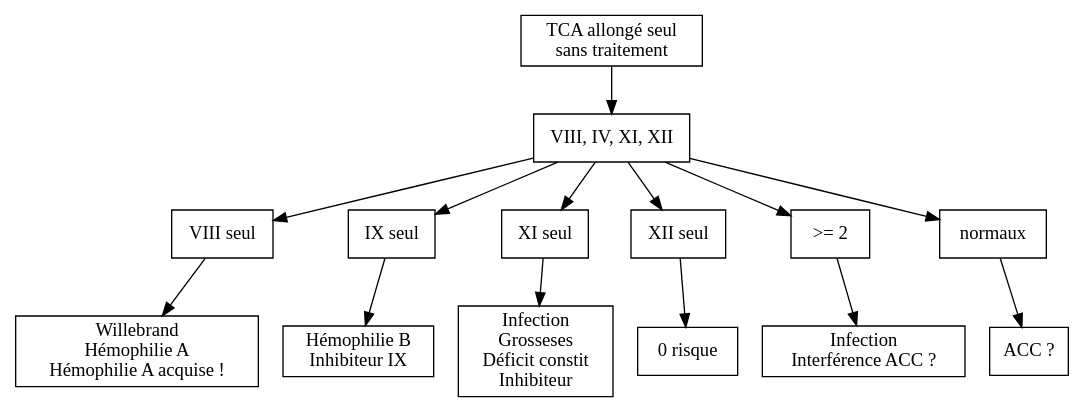
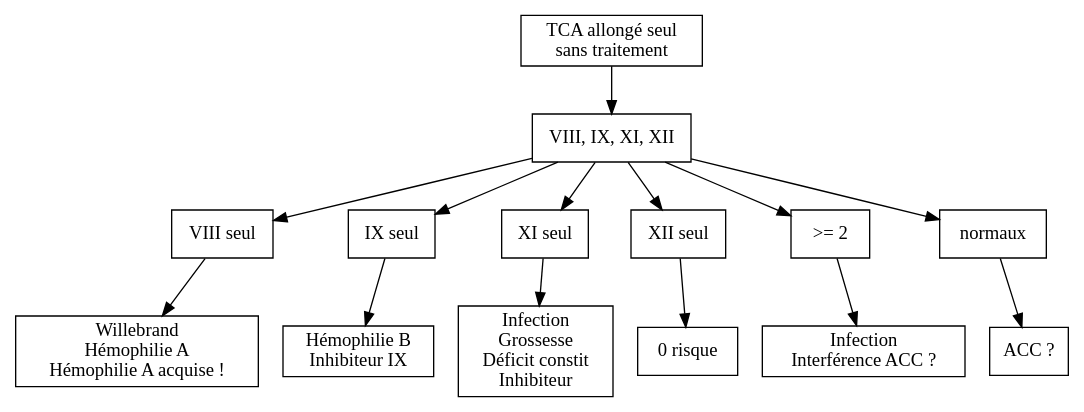
One commit to apraga/notes changed the second of 2 diagrams in notes/medecine/hematologie.org. Above: the diagram before and after it, drawn with Graphviz. The commit also changed other lines of this file and 7 other files, not shown here.

```diff
--- a/notes/medecine/hematologie.org
+++ b/notes/medecine/hematologie.org
@@ -72,22 +71,22 @@
 #+BEGIN_SRC dot :file ../../images/tca-diminue.png :exports results
 digraph {
 node[shape=rectangle];
-fact [label="VIII, IV, XI, XII"];
+fact [label="VIII, IX, XI, XII"];
 
 subgraph {"VIII seul" -> "Willebrand\nHémophilie A\nHémophilie A acquise !"}
 subgraph {"IX seul" -> "Hémophilie B\nInhibiteur IX"}
-subgraph {"XI seul" -> "Infection\nGrosseses\nDéficit constit\nInhibiteur"}
+subgraph {"XI seul" -> "Infection\nGrossesse\nDéficit constit\nInhibiteur"}
 subgraph {"XII seul" -> "0 risque"}
 subgraph {" >= 2" -> "Infection\nInterférence ACC ?" }
 subgraph {"normaux" -> "ACC ?" }
 subgraph { fact -> {
 " >= 2"
            "VIII seul"
            "IX seul"
            "XI seul"
            "XII seul"
            "normaux"
                  }}
 "TCA allongé seul\nsans traitement" -> fact
 }
 #+END_SRC
```
